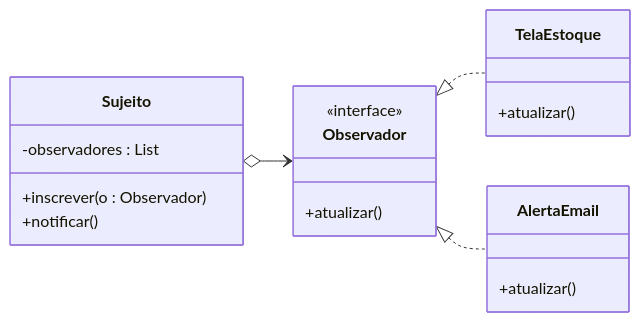
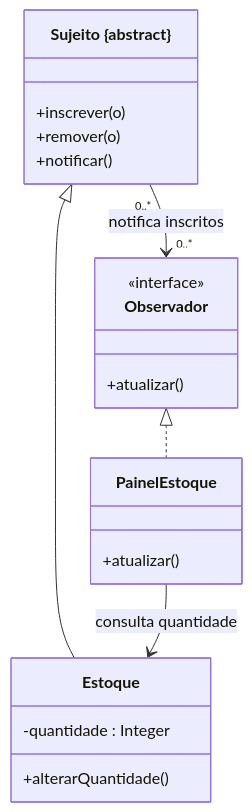
The second of 2 diagrams in content/enade/poo/padroes-de-projeto.md (pedrotescaro/Stacklyst), drawn with Mermaid before and after one commit. The commit also changed other lines of this file and 84 other files, not shown here.

Commit message:
feat(enade): redraw study library diagrams

````diff
--- a/content/enade/poo/padroes-de-projeto.md
+++ b/content/enade/poo/padroes-de-projeto.md
@@ -126,18 +133,24 @@
-```mermaid Estrutura do padrão Observer
+```mermaid Observer para mudanças de estoque
 classDiagram
-  direction LR
-  class Sujeito {
-    -observadores : List
-    +inscrever(o : Observador)
+  direction TB
+  class Sujeito["Sujeito {abstract}"] {
+    +inscrever(o)
+    +remover(o)
     +notificar()
+  }
+  class Estoque {
+    -quantidade : Integer
+    +alterarQuantidade()
   }
   class Observador {
     <<interface>>
     +atualizar()
   }
-  class TelaEstoque { +atualizar() }
-  class AlertaEmail { +atualizar() }
-  Sujeito o--> Observador
-  Observador <|.. TelaEstoque
-  Observador <|.. AlertaEmail
+  class PainelEstoque {
+    +atualizar()
+  }
+  Sujeito <|-- Estoque
+  Sujeito "0..*" --> "0..*" Observador : notifica inscritos
+  Observador <|.. PainelEstoque
+  PainelEstoque --> Estoque : consulta quantidade
 ```
````
